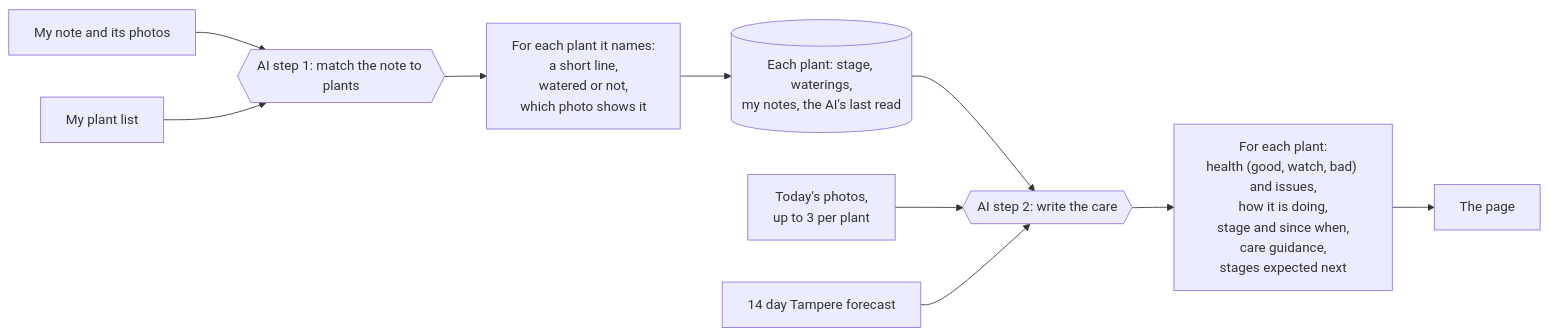
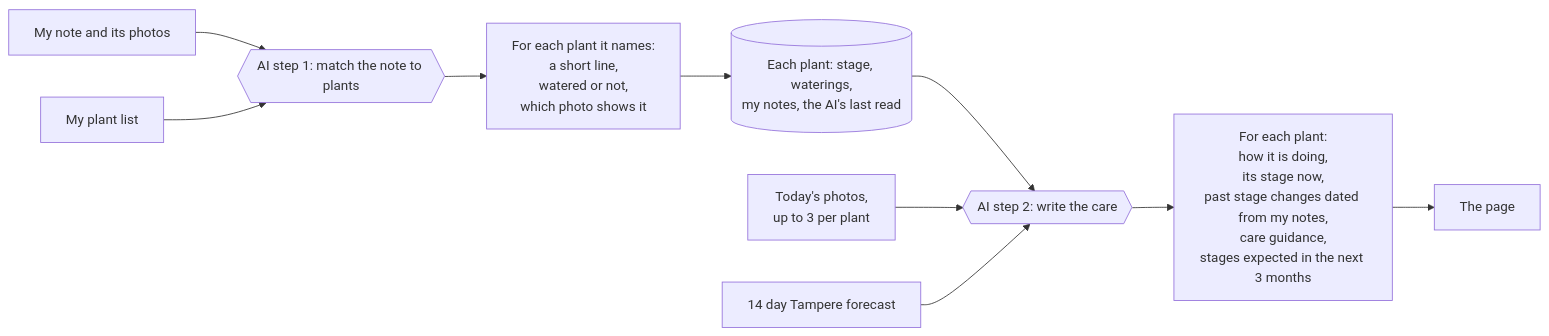
The diagram in README.md (dara-nn/balcony-garden), drawn with Mermaid before and after one commit. The commit also changed other lines of this file and 28 other files, not shown here.

Commit message:
Reliable note processing, dated notes, cleanup

````diff
--- a/README.md
+++ b/README.md
@@ -33,12 +35,12 @@
 ```mermaid
 flowchart LR
   note["My note and its photos"] --> sort{{"AI step 1: match the note to plants"}}
   list["My plant list"] --> sort
   sort --> filed["For each plant it names:<br/>a short line,<br/>watered or not,<br/>which photo shows it"]
   filed --> status[("Each plant: stage, waterings,<br/>my notes, the AI's last read")]
   status --> care{{"AI step 2: write the care"}}
   photos["Today's photos,<br/>up to 3 per plant"] --> care
   weather["14 day Tampere forecast"] --> care
-  care --> out["For each plant:<br/>health (good, watch, bad) and issues,<br/>how it is doing,<br/>stage and since when,<br/>care guidance,<br/>stages expected next"]
+  care --> out["For each plant:<br/>how it is doing,<br/>its stage now,<br/>past stage changes dated from my notes,<br/>care guidance,<br/>stages expected in the next 3 months"]
   out --> page["The page"]
 ```
````
